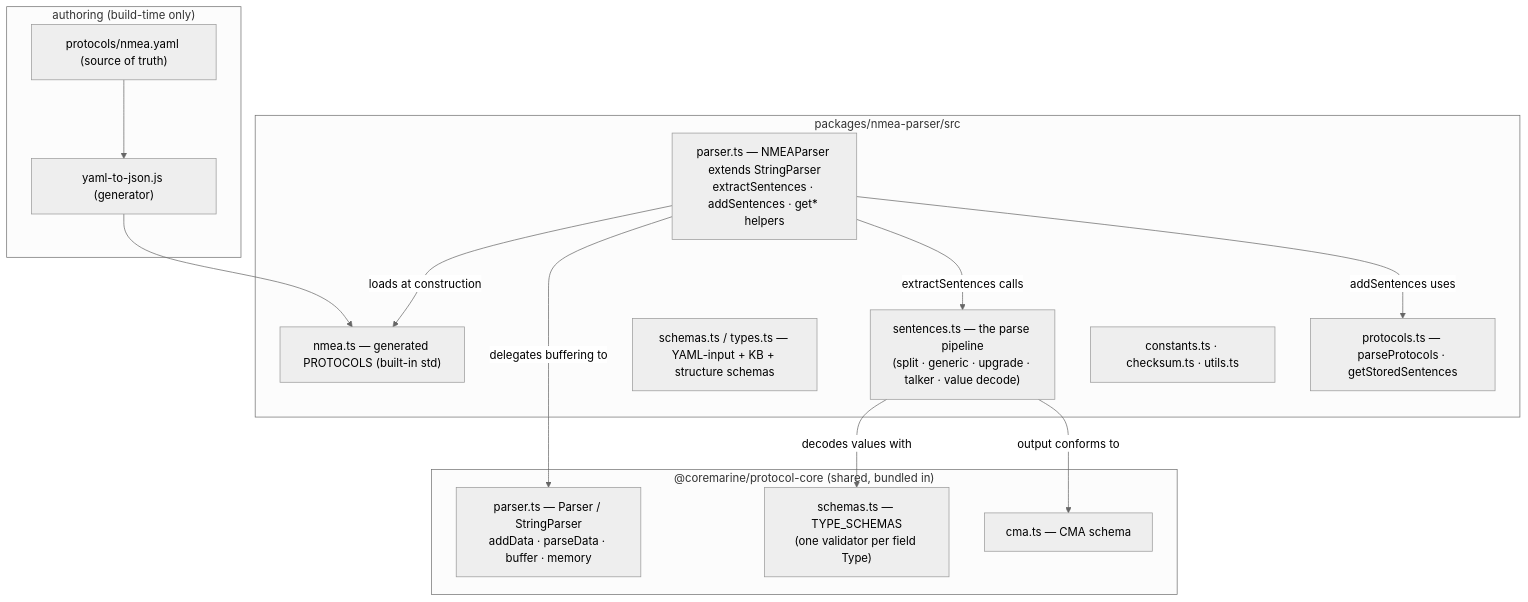
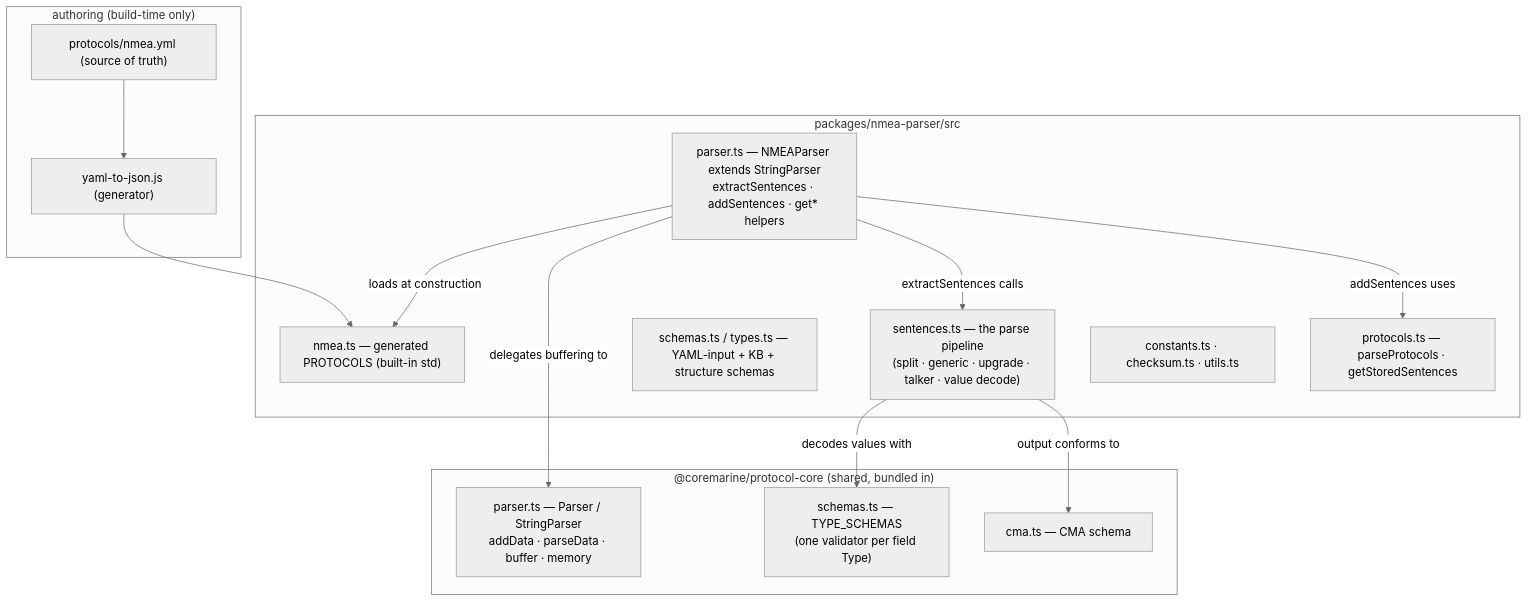
The second of 9 diagrams in docs/NMEA.md (core-marine-dev/devices), drawn with Mermaid (neutral theme) before and after one commit. The commit also changed other lines of this file and 7 other files, not shown here.

First line of the commit message:
chore(nmea): rename protocols .yaml -> .yml; regenerate from expanded nmea.yml

````diff
--- a/docs/NMEA.md
+++ b/docs/NMEA.md
@@ -51,27 +51,27 @@
 ```mermaid
 flowchart TB
     subgraph core["@coremarine/protocol-core (shared, bundled in)"]
         P["parser.ts — Parser / StringParser<br/>addData · parseData · buffer · memory"]
         CMASCH["cma.ts — CMA schema"]
         TS["schemas.ts — TYPE_SCHEMAS<br/>(one validator per field Type)"]
     end
     subgraph nmea["packages/nmea-parser/src"]
         NP["parser.ts — NMEAParser extends StringParser<br/>extractSentences · addSentences · get* helpers"]
         SEN["sentences.ts — the parse pipeline<br/>(split · generic · upgrade · talker · value decode)"]
         PROT["protocols.ts — parseProtocols · getStoredSentences"]
         SCH["schemas.ts / types.ts — YAML-input + KB + structure schemas"]
         GEN["nmea.ts — generated PROTOCOLS (built-in std)"]
         CST["constants.ts · checksum.ts · utils.ts"]
     end
     subgraph author["authoring (build-time only)"]
-        YAML["protocols/nmea.yaml (source of truth)"]
+        YAML["protocols/nmea.yml (source of truth)"]
         Y2J["yaml-to-json.js (generator)"]
     end
     YAML --> Y2J --> GEN
     NP -->|"loads at construction"| GEN
     NP -->|"delegates buffering to"| P
     NP -->|"extractSentences calls"| SEN
     SEN -->|"decodes values with"| TS
     SEN -->|"output conforms to"| CMASCH
     NP -->|"addSentences uses"| PROT
 ```
````
